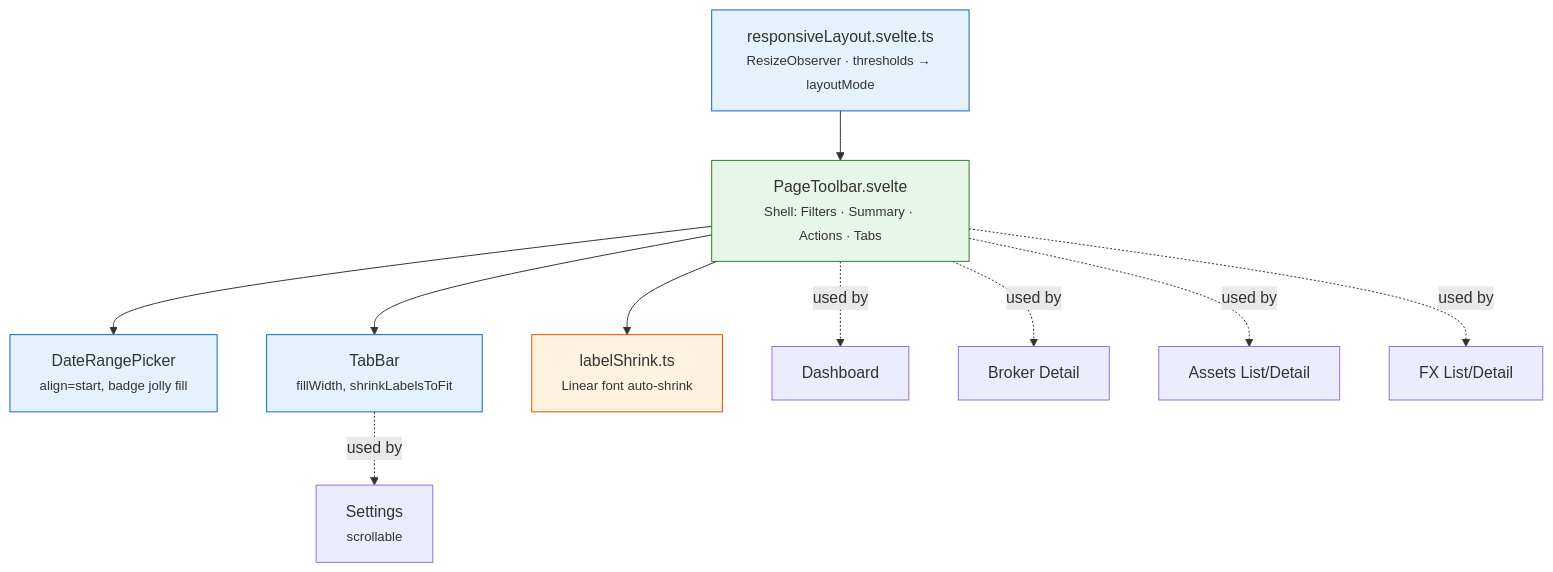
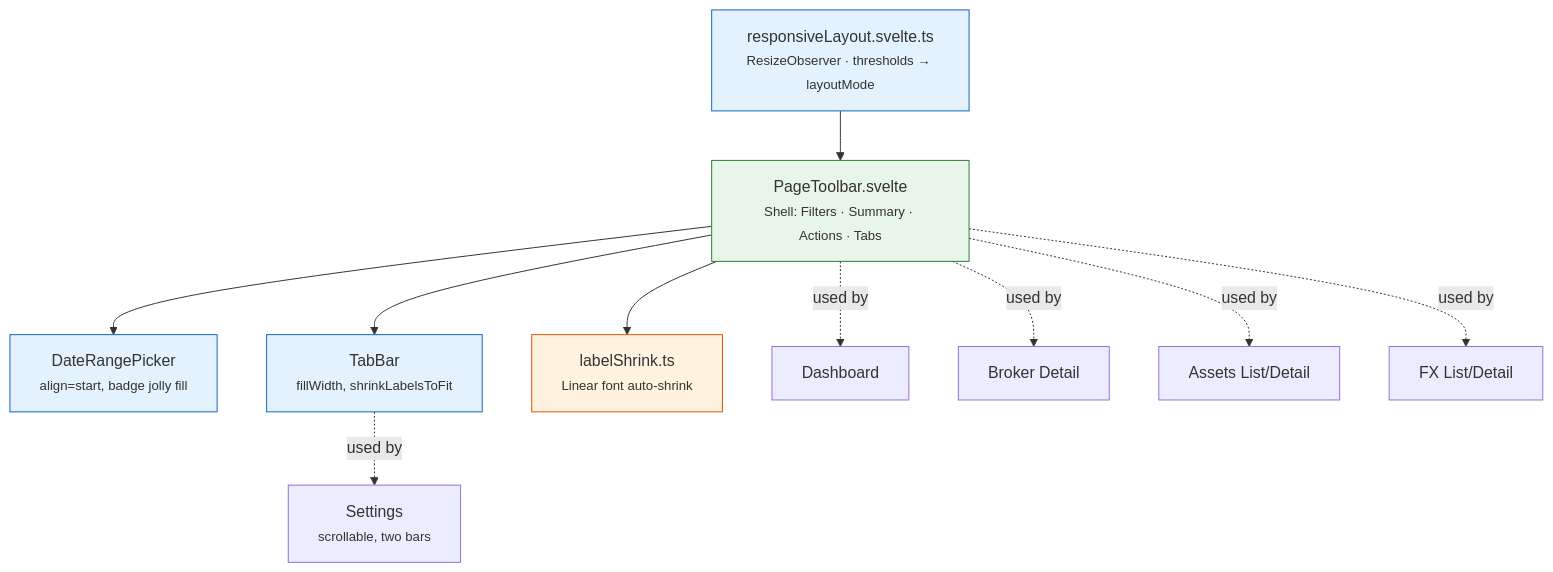
The diagram in mkdocs_src/docs/developer/frontend/components/core-ui/toolbar.md (Librefolio/LibreFolio), drawn with Mermaid before and after one commit. The commit also changed other lines of this file and 46 other files, not shown here.

````diff
--- a/mkdocs_src/docs/developer/frontend/components/core-ui/toolbar.md
+++ b/mkdocs_src/docs/developer/frontend/components/core-ui/toolbar.md
@@ -5,19 +5,19 @@
 ```mermaid
 graph TD
     RL["responsiveLayout.svelte.ts<br/><small>ResizeObserver · thresholds → layoutMode</small>"] --> PT["PageToolbar.svelte<br/><small>Shell: Filters · Summary · Actions · Tabs</small>"]
     PT --> DRP["DateRangePicker<br/><small>align=start, badge jolly fill</small>"]
     PT --> TB["TabBar<br/><small>fillWidth, shrinkLabelsToFit</small>"]
     PT --> LS["labelShrink.ts<br/><small>Linear font auto-shrink</small>"]
 
     PT -.->|used by| DASH["Dashboard"]
     PT -.->|used by| BD["Broker Detail"]
     PT -.->|used by| AL["Assets List/Detail"]
     PT -.->|used by| FX["FX List/Detail"]
-    TB -.->|used by| ST["Settings<br/><small>scrollable</small>"]
+    TB -.->|used by| ST["Settings<br/><small>scrollable, two bars</small>"]
 
     style RL fill:#e3f2fd,stroke:#1565c0
     style PT fill:#e8f5e9,stroke:#2e7d32
     style DRP fill:#e3f2fd,stroke:#1565c0
     style TB fill:#e3f2fd,stroke:#1565c0
     style LS fill:#fff3e0,stroke:#e65100
 ```
````
